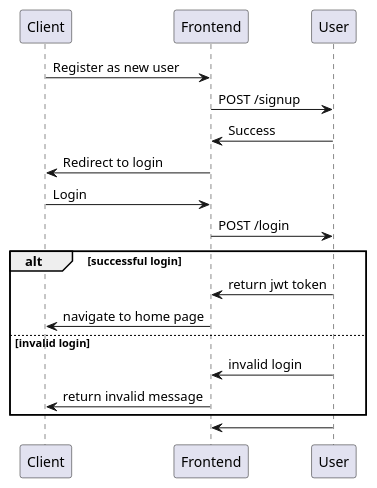
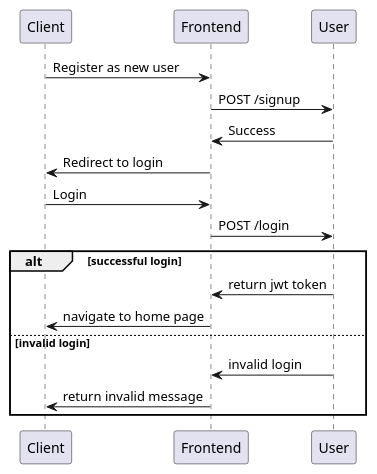
One commit to CS3219-AY2223S1/cs3219-project-ay2223s1-g59 changed the diagram in docs/sequence-diagrams/user-service.puml. Above: the diagram before and after it, drawn with PlantUML.

Commit message:
Remove blank line from user service puml

```diff
--- a/docs/sequence-diagrams/user-service.puml
+++ b/docs/sequence-diagrams/user-service.puml
@@ -1,16 +1,15 @@
 @startuml
 Client -> Frontend: Register as new user
 Frontend -> User: POST /signup
 User -> Frontend: Success
 Frontend -> Client: Redirect to login
 Client -> Frontend: Login
 Frontend -> User: POST /login
     alt successful login
     User -> Frontend: return jwt token
     Frontend -> Client: navigate to home page
     else invalid login
     User -> Frontend: invalid login
     Frontend -> Client: return invalid message
     end
-User -> Frontend: 
 @enduml
```
